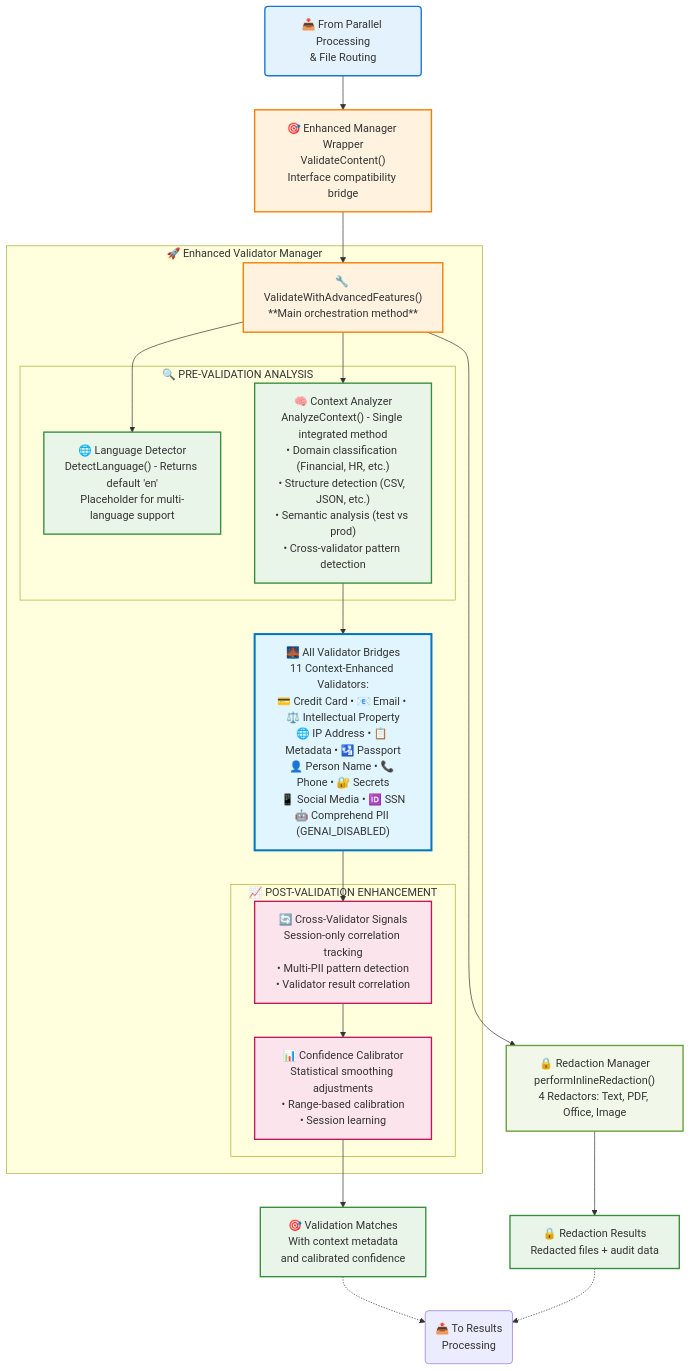
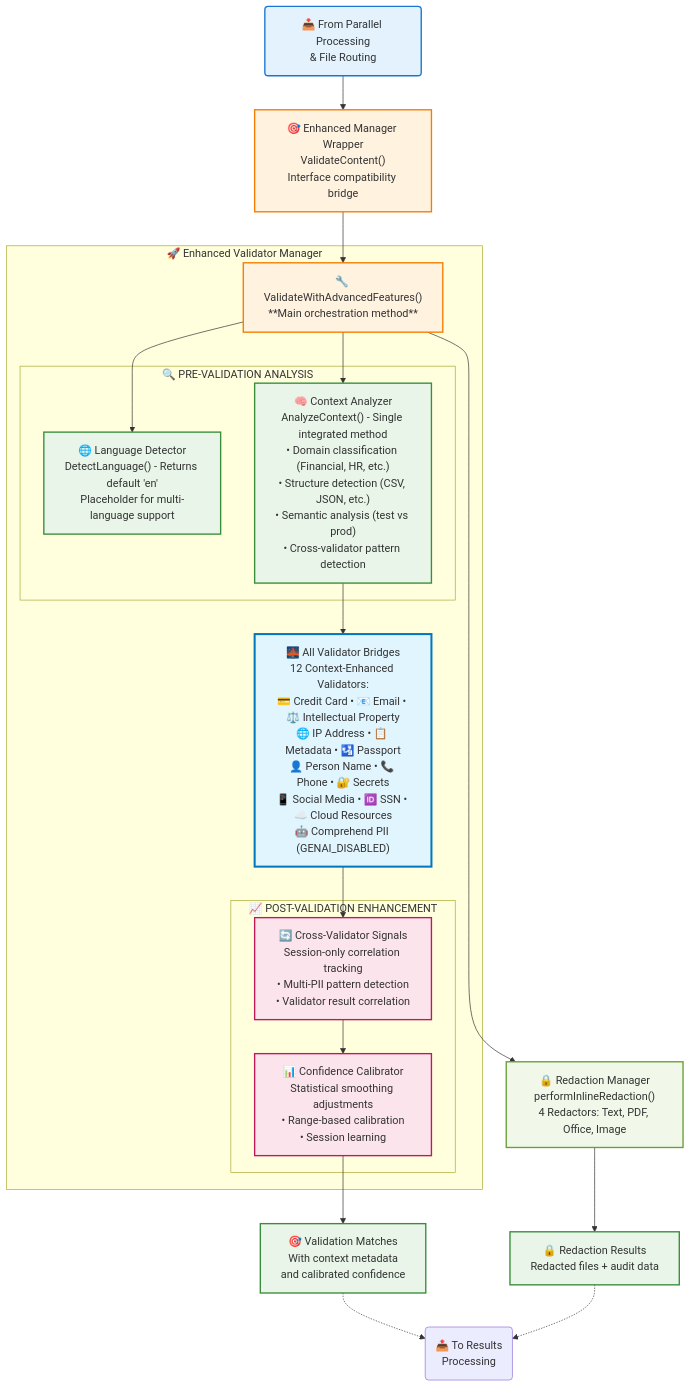
Before and after one commit to awslabs/ferret-scan: the fourth of 8 diagrams in docs/architecture-diagram.md, drawn with Mermaid. The commit also changed other lines of this file and 12 other files, not shown here.

````diff
--- a/docs/architecture-diagram.md
+++ b/docs/architecture-diagram.md
@@ -215,73 +215,73 @@
 ```mermaid
 flowchart TD
     %% Input from previous stage
     ContentInput("📥 From Parallel Processing<br/>& File Routing")
 
     %% Validation Pipeline
     EnhancedWrapper["🎯 Enhanced Manager Wrapper<br/>ValidateContent()<br/>Interface compatibility bridge"]
 
     subgraph EnhancedManager["🚀 Enhanced Validator Manager"]
         ValidateMethod["🔧 ValidateWithAdvancedFeatures()<br/>**Main orchestration method**"]
 
         %% PRE-VALIDATION: Context Analysis
         subgraph PreValidation["🔍 PRE-VALIDATION ANALYSIS"]
             LanguageDetector["🌐 Language Detector<br/>DetectLanguage() - Returns default 'en'<br/>Placeholder for multi-language support"]
             ContextAnalyzer["🧠 Context Analyzer<br/>AnalyzeContext() - Single integrated method<br/>• Domain classification (Financial, HR, etc.)<br/>• Structure detection (CSV, JSON, etc.)<br/>• Semantic analysis (test vs prod)<br/>• Cross-validator pattern detection"]
         end
 
         %% VALIDATION: Enhanced Validators
-        ValidatorBridges["🌉 All Validator Bridges<br/>11 Context-Enhanced Validators:<br/>💳 Credit Card • 📧 Email • ⚖️ Intellectual Property<br/>🌐 IP Address • 📋 Metadata • 🛂 Passport<br/>👤 Person Name • 📞 Phone • 🔐 Secrets<br/>📱 Social Media • 🆔 SSN<br/>🤖 Comprehend PII (GENAI_DISABLED)"]
+        ValidatorBridges["🌉 All Validator Bridges<br/>12 Context-Enhanced Validators:<br/>💳 Credit Card • 📧 Email • ⚖️ Intellectual Property<br/>🌐 IP Address • 📋 Metadata • 🛂 Passport<br/>👤 Person Name • 📞 Phone • 🔐 Secrets<br/>📱 Social Media • 🆔 SSN • ☁️ Cloud Resources<br/>🤖 Comprehend PII (GENAI_DISABLED)"]
 
         %% POST-VALIDATION: Result Enhancement
         subgraph PostValidation["📈 POST-VALIDATION ENHANCEMENT"]
             CrossValidatorProcessor["🔄 Cross-Validator Signals<br/>Session-only correlation tracking<br/>• Multi-PII pattern detection<br/>• Validator result correlation"]
             ConfidenceCalibrator["📊 Confidence Calibrator<br/>Statistical smoothing adjustments<br/>• Range-based calibration<br/>• Session learning"]
         end
     end
 
     %% Inline Redaction (happens during worker processing)
     RedactionManager["🔒 Redaction Manager<br/>performInlineRedaction()<br/>4 Redactors: Text, PDF, Office, Image"]
 
     %% Output
     ValidationMatches["🎯 Validation Matches<br/>With context metadata<br/>and calibrated confidence"]
     RedactionResults["🔒 Redaction Results<br/>Redacted files + audit data"]
 
     %% Flow - Sequential Processing
     ContentInput --> EnhancedWrapper
     EnhancedWrapper --> ValidateMethod
 
     %% SEQUENTIAL FLOW: Pre → Validation → Post
     ValidateMethod --> LanguageDetector
     ValidateMethod --> ContextAnalyzer
     ContextAnalyzer --> ValidatorBridges
     ValidatorBridges --> CrossValidatorProcessor
     CrossValidatorProcessor --> ConfidenceCalibrator
 
     %% Inline redaction using same extracted content
     ValidateMethod --> RedactionManager
 
     %% Outputs
     ConfidenceCalibrator --> ValidationMatches
     RedactionManager --> RedactionResults
 
     %% Output to next stage
     ValidationMatches -.-> ResultsProcessing("📤 To Results<br/>Processing")
     RedactionResults -.-> ResultsProcessing
 
     %% Styling
     classDef input fill:#e3f2fd,stroke:#1976d2,stroke-width:2px
     classDef validation fill:#fff3e0,stroke:#f57c00,stroke-width:2px
     classDef prevalidation fill:#e8f5e8,stroke:#388e3c,stroke-width:2px
     classDef postvalidation fill:#fce4ec,stroke:#c2185b,stroke-width:2px
     classDef aggregated fill:#e1f5fe,stroke:#0277bd,stroke-width:3px
     classDef redaction fill:#f1f8e9,stroke:#689f38,stroke-width:2px
     classDef output fill:#e8f5e8,stroke:#388e3c,stroke-width:2px
 
     class ContentInput input
     class EnhancedWrapper,ValidateMethod validation
     class LanguageDetector,ContextAnalyzer prevalidation
     class CrossValidatorProcessor,ConfidenceCalibrator postvalidation
     class ValidatorBridges aggregated
     class RedactionManager redaction
     class ValidationMatches,RedactionResults output
 ```
````
